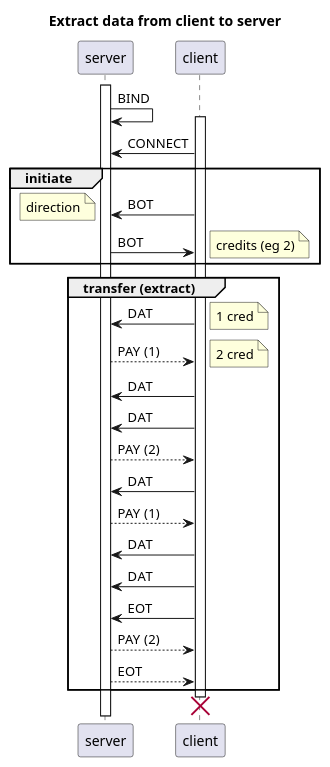
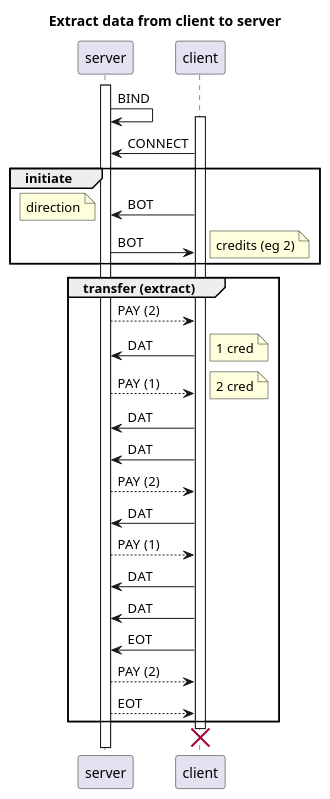
The diagram in docs/flow-extract.plantuml (brettviren/zio), drawn with PlantUML before and after one commit. The commit also changed 14 other files, not shown here.

Commit message:
Get flow understood, implemented, if not tested.

```diff
--- a/docs/flow-extract.plantuml
+++ b/docs/flow-extract.plantuml
@@ -1,38 +1,39 @@
 @startuml
 title Extract data from client to server
 activate server
         server -> server: BIND
         activate client
                 client -> server : CONNECT
                 group initiate
                         client -> server : BOT
                         note left
                                 direction
                         end note
                         server -> client : BOT
                         note right
                                 credits (eg 2)
                         end note
                 end
                 group transfer (extract)
+                        server --> client : PAY (2)
                         client  -> server : DAT
                         note right
                                 1 cred
                         end note
                         server --> client : PAY (1)
                         note right
                                 2 cred
                         end note
                         client  -> server : DAT
                         client  -> server : DAT
                         server --> client : PAY (2)
                         client  -> server : DAT
                         server --> client : PAY (1)
                         client  -> server : DAT
                         client  -> server : DAT
                         client -> server : EOT
                         server --> client : PAY (2)
                         server --> client : EOT
                 end
                 destroy client
                 @enduml
```
